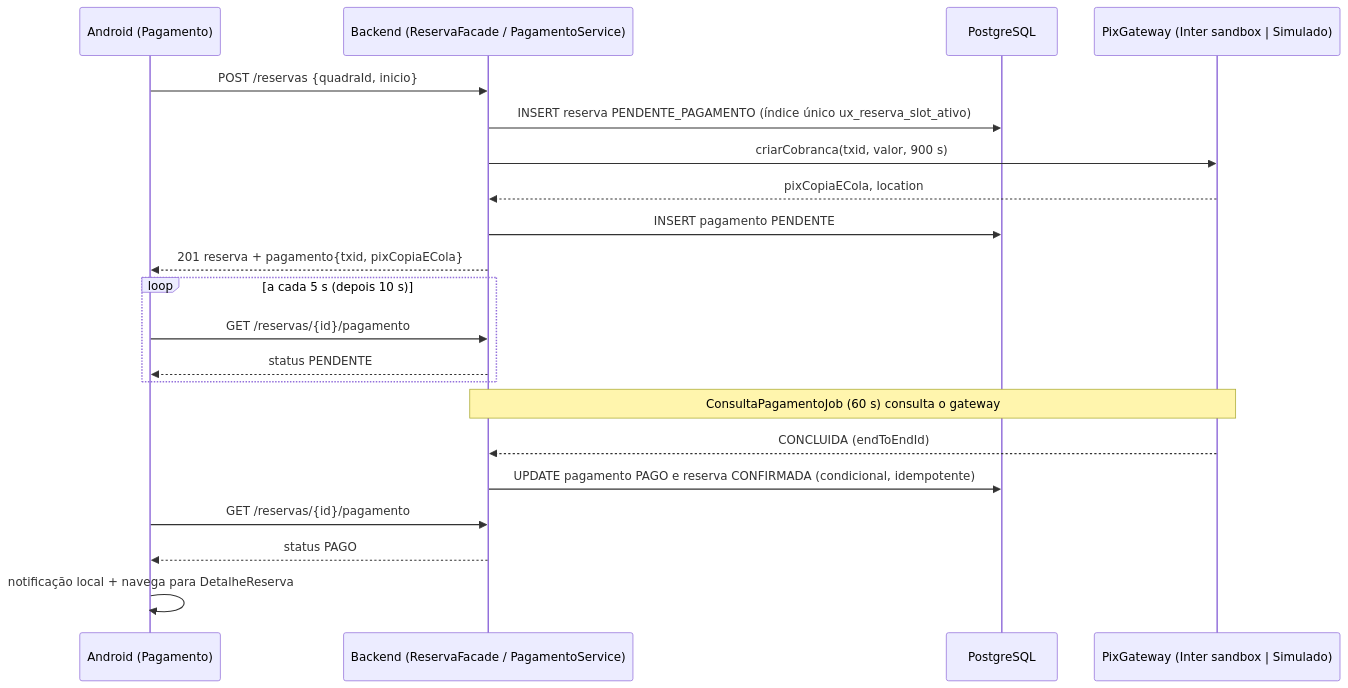
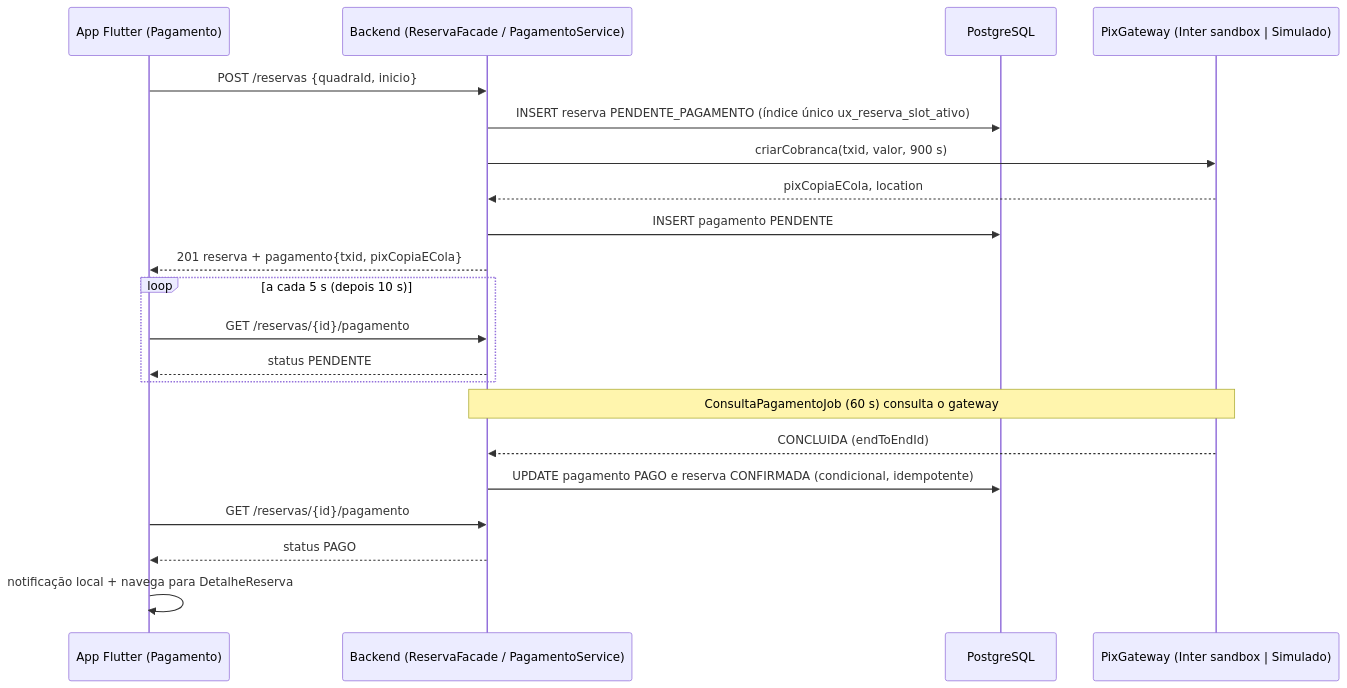
The second of 2 diagrams in docs/01-visao-do-produto.md (DEVigodE/so-mais-uma), drawn with Mermaid before and after one commit. The commit also changed other lines of this file and 25 other files, not shown here.

First line of the commit message:
docs: troca o app de Android nativo para Flutter

````diff
--- a/docs/01-visao-do-produto.md
+++ b/docs/01-visao-do-produto.md
@@ -133,23 +135,23 @@
 ```mermaid
 sequenceDiagram
-    participant App as Android (Pagamento)
+    participant App as App Flutter (Pagamento)
     participant API as Backend (ReservaFacade / PagamentoService)
     participant DB as PostgreSQL
     participant Pix as PixGateway (Inter sandbox | Simulado)
     App->>API: POST /reservas {quadraId, inicio}
     API->>DB: INSERT reserva PENDENTE_PAGAMENTO (índice único ux_reserva_slot_ativo)
     API->>Pix: criarCobranca(txid, valor, 900 s)
     Pix-->>API: pixCopiaECola, location
     API->>DB: INSERT pagamento PENDENTE
     API-->>App: 201 reserva + pagamento{txid, pixCopiaECola}
     loop a cada 5 s (depois 10 s)
         App->>API: GET /reservas/{id}/pagamento
         API-->>App: status PENDENTE
     end
     Note over API,Pix: ConsultaPagamentoJob (60 s) consulta o gateway
     Pix-->>API: CONCLUIDA (endToEndId)
     API->>DB: UPDATE pagamento PAGO e reserva CONFIRMADA (condicional, idempotente)
     App->>API: GET /reservas/{id}/pagamento
     API-->>App: status PAGO
     App->>App: notificação local + navega para DetalheReserva
 ```
````
